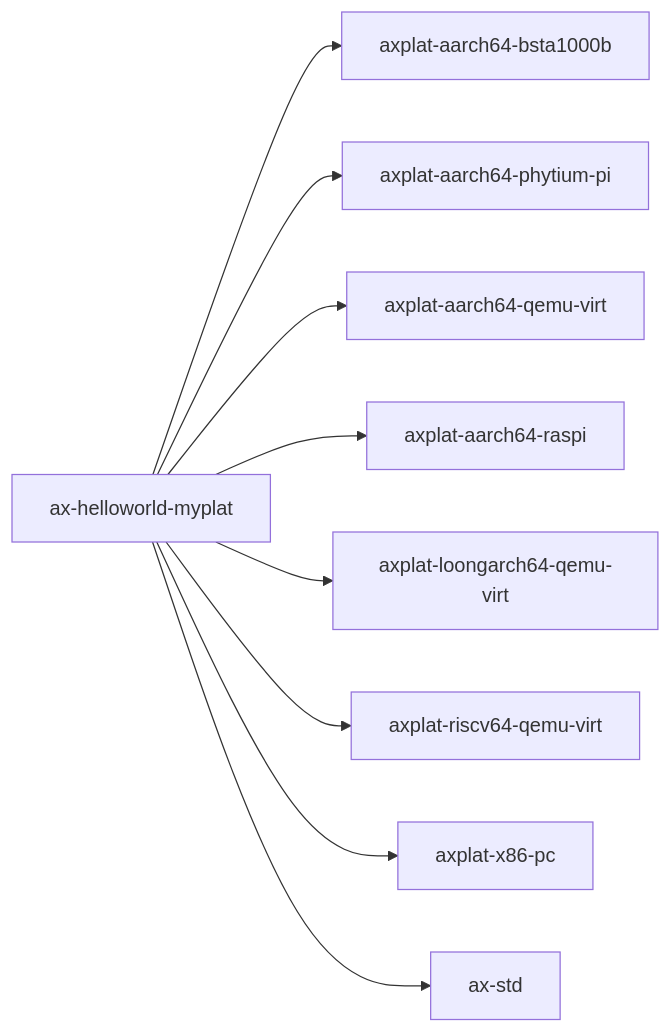
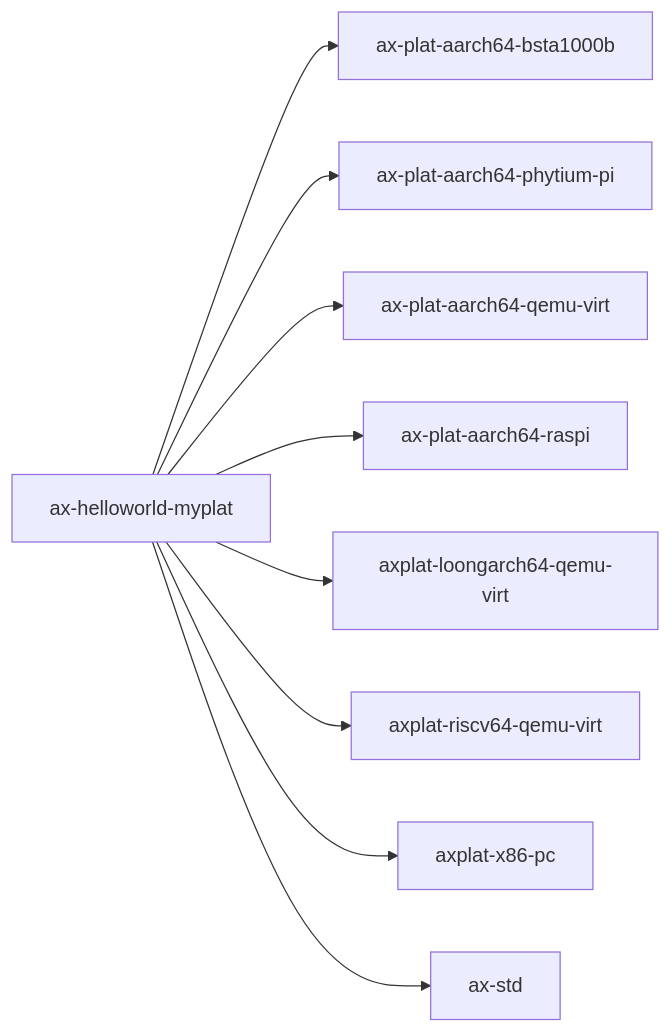
One commit to zKurisu/tgoskits changed the diagram in docs/crates/ax-helloworld-myplat.md. Above: the diagram before and after it, drawn with Mermaid. The commit also changed other lines of this file and 35 other files, not shown here.

````diff
--- a/docs/crates/ax-helloworld-myplat.md
+++ b/docs/crates/ax-helloworld-myplat.md
@@ -31,12 +31,12 @@
 ```mermaid
 graph LR
     current["ax-helloworld-myplat"]
-    current --> axplat_aarch64_bsta1000b["axplat-aarch64-bsta1000b"]
-    current --> axplat_aarch64_phytium_pi["axplat-aarch64-phytium-pi"]
-    current --> axplat_aarch64_qemu_virt["axplat-aarch64-qemu-virt"]
-    current --> axplat_aarch64_raspi["axplat-aarch64-raspi"]
+    current --> axplat_aarch64_bsta1000b["ax-plat-aarch64-bsta1000b"]
+    current --> axplat_aarch64_phytium_pi["ax-plat-aarch64-phytium-pi"]
+    current --> axplat_aarch64_qemu_virt["ax-plat-aarch64-qemu-virt"]
+    current --> axplat_aarch64_raspi["ax-plat-aarch64-raspi"]
     current --> axplat_loongarch64_qemu_virt["axplat-loongarch64-qemu-virt"]
     current --> axplat_riscv64_qemu_virt["axplat-riscv64-qemu-virt"]
     current --> axplat_x86_pc["axplat-x86-pc"]
     current --> ax-std["ax-std"]
 ```
````
